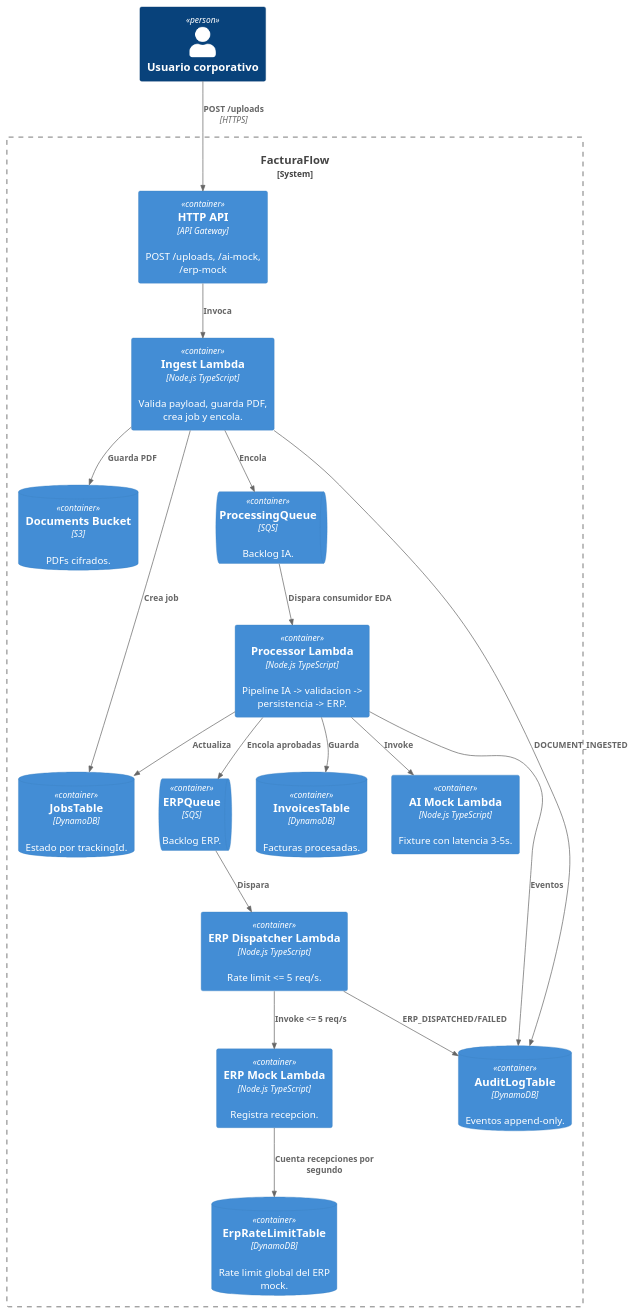
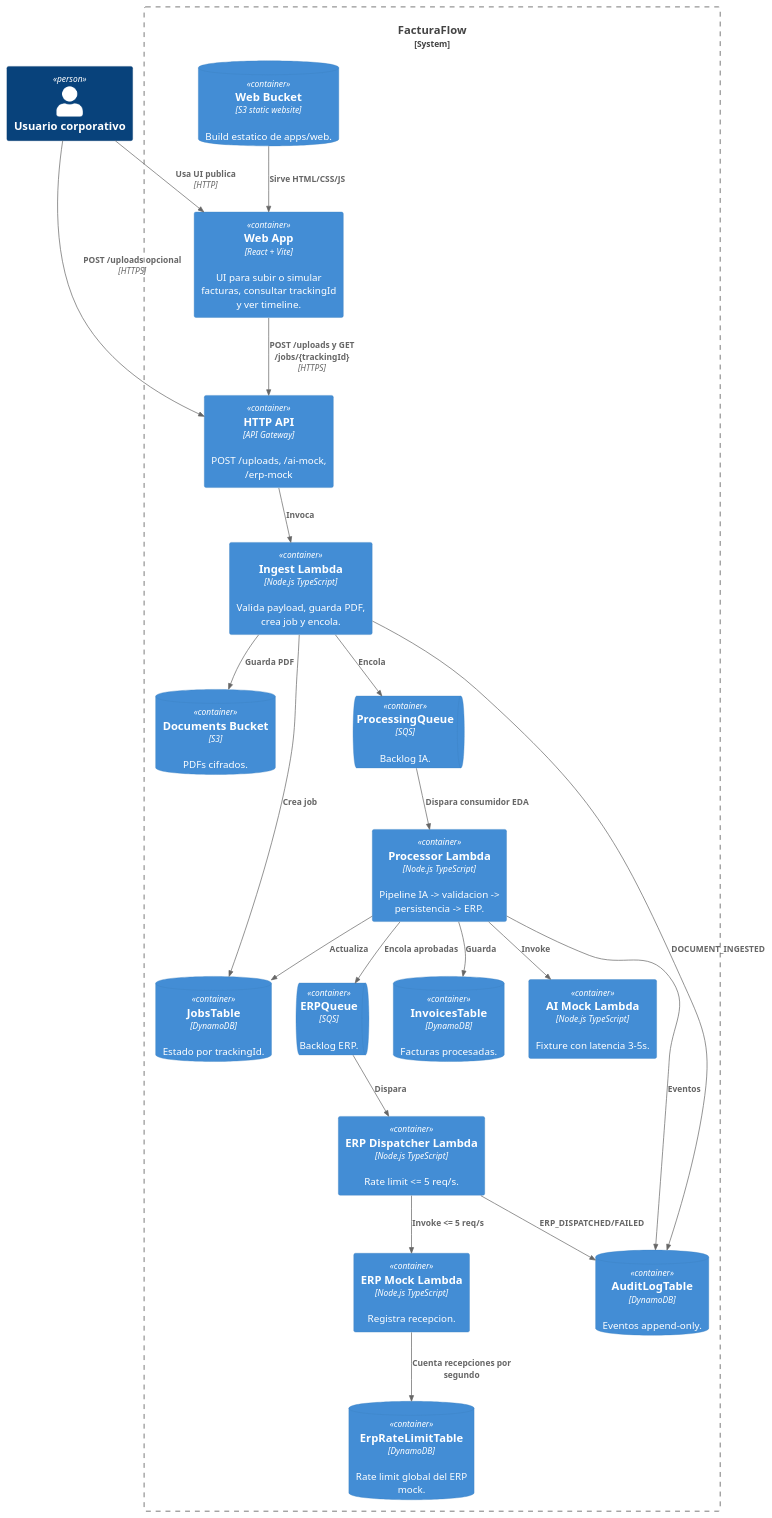
Before and after one commit to JimeneZz007/FacturaFlow: the diagram in docs/diagrams/c4-container.puml, drawn with PlantUML. The commit also changed 30 other files, not shown here.

```diff
--- a/docs/diagrams/c4-container.puml
+++ b/docs/diagrams/c4-container.puml
@@ -1,37 +1,42 @@
 @startuml
 !include https://raw.githubusercontent.com/plantuml-stdlib/C4-PlantUML/master/C4_Container.puml
 
 Person(user, "Usuario corporativo")
 System_Boundary(ff, "FacturaFlow") {
+  Container(web, "Web App", "React + Vite", "UI para subir o simular facturas, consultar trackingId y ver timeline.")
   Container(api, "HTTP API", "API Gateway", "POST /uploads, /ai-mock, /erp-mock")
   Container(ingest, "Ingest Lambda", "Node.js TypeScript", "Valida payload, guarda PDF, crea job y encola.")
   Container(processor, "Processor Lambda", "Node.js TypeScript", "Pipeline IA -> validacion -> persistencia -> ERP.")
   Container(ai, "AI Mock Lambda", "Node.js TypeScript", "Fixture con latencia 3-5s.")
   Container(dispatcher, "ERP Dispatcher Lambda", "Node.js TypeScript", "Rate limit <= 5 req/s.")
   Container(erp, "ERP Mock Lambda", "Node.js TypeScript", "Registra recepcion.")
   ContainerDb(s3, "Documents Bucket", "S3", "PDFs cifrados.")
+  ContainerDb(webS3, "Web Bucket", "S3 static website", "Build estatico de apps/web.")
   ContainerDb(jobs, "JobsTable", "DynamoDB", "Estado por trackingId.")
   ContainerDb(invoices, "InvoicesTable", "DynamoDB", "Facturas procesadas.")
   ContainerDb(audit, "AuditLogTable", "DynamoDB", "Eventos append-only.")
   ContainerDb(erpLimit, "ErpRateLimitTable", "DynamoDB", "Rate limit global del ERP mock.")
   ContainerQueue(pq, "ProcessingQueue", "SQS", "Backlog IA.")
   ContainerQueue(eq, "ERPQueue", "SQS", "Backlog ERP.")
 }
 
-Rel(user, api, "POST /uploads", "HTTPS")
+Rel(user, web, "Usa UI publica", "HTTP")
+Rel(web, api, "POST /uploads y GET /jobs/{trackingId}", "HTTPS")
+Rel(user, api, "POST /uploads opcional", "HTTPS")
+Rel(webS3, web, "Sirve HTML/CSS/JS")
 Rel(api, ingest, "Invoca")
 Rel(ingest, s3, "Guarda PDF")
 Rel(ingest, jobs, "Crea job")
 Rel(ingest, audit, "DOCUMENT_INGESTED")
 Rel(ingest, pq, "Encola")
 Rel(pq, processor, "Dispara consumidor EDA")
 Rel(processor, ai, "Invoke")
 Rel(processor, invoices, "Guarda")
 Rel(processor, jobs, "Actualiza")
 Rel(processor, audit, "Eventos")
 Rel(processor, eq, "Encola aprobadas")
 Rel(eq, dispatcher, "Dispara")
 Rel(dispatcher, erp, "Invoke <= 5 req/s")
 Rel(erp, erpLimit, "Cuenta recepciones por segundo")
 Rel(dispatcher, audit, "ERP_DISPATCHED/FAILED")
 @enduml
```
